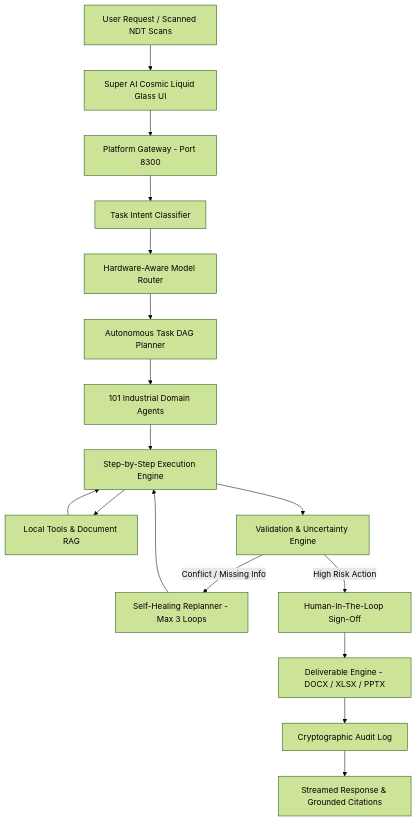
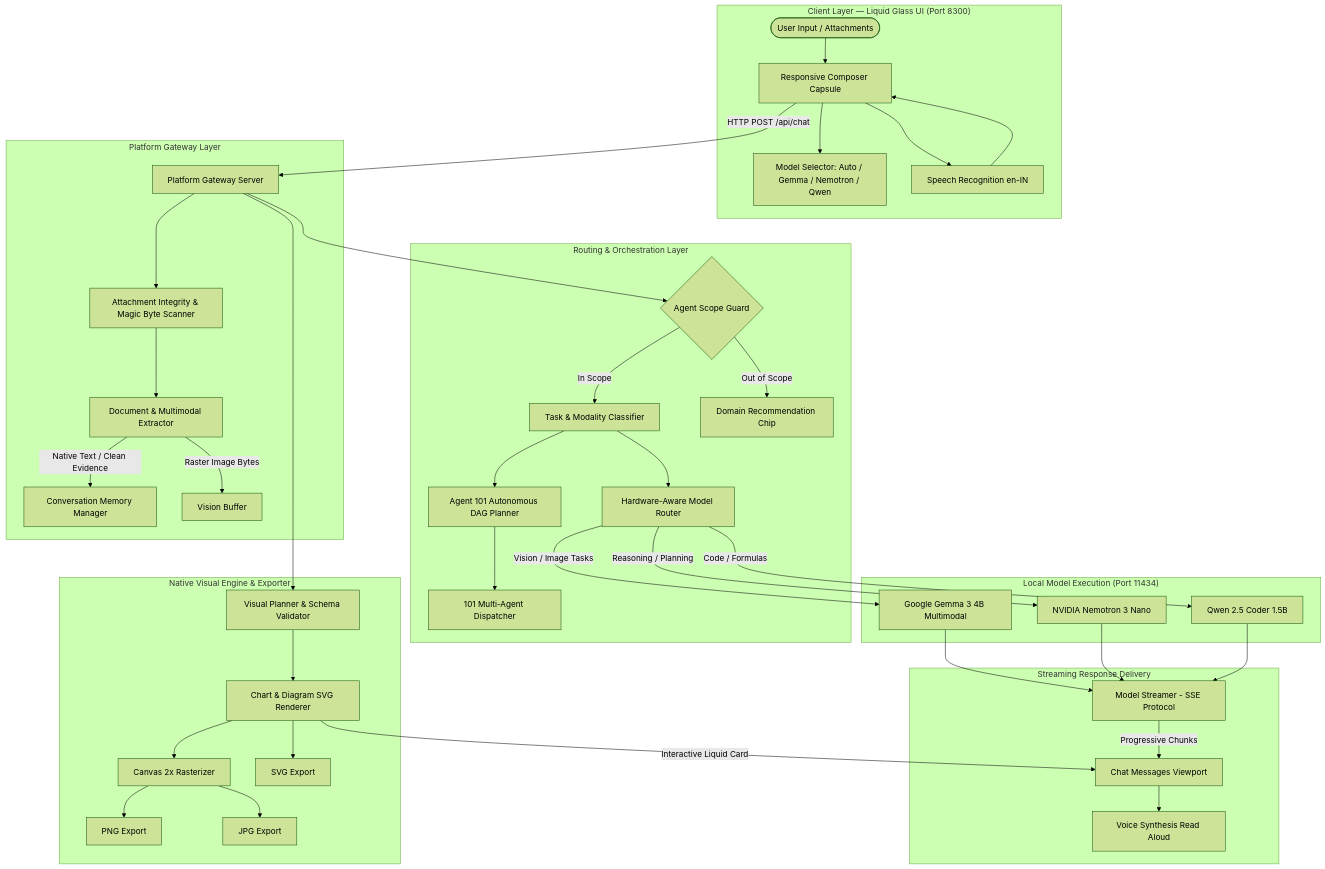
One commit to reginaldalfret/100-AI-Agents changed the first of 2 diagrams in README.md. Above: the diagram before and after it, drawn with Mermaid (forest theme). The commit also changed other lines of this file, not shown here.

Commit message:
docs: update README for 101 Super AI Agents platform

````diff
--- a/README.md
+++ b/README.md
@@ -17,19 +63,51 @@
 ```mermaid
 flowchart TD
-    U[User Request / Scanned NDT Scans] --> FE[Super AI Cosmic Liquid Glass UI]
-    FE --> GW[Platform Gateway - Port 8300]
-    GW --> TC[Task Intent Classifier]
-    TC --> MR[Hardware-Aware Model Router]
-    MR --> TP[Autonomous Task DAG Planner]
-    TP --> WF[101 Industrial Domain Agents]
-    WF --> EE[Step-by-Step Execution Engine]
-    EE --> TR[Local Tools & Document RAG]
-    TR --> EE
-    EE --> VAL[Validation & Uncertainty Engine]
-    VAL -->|Conflict / Missing Info| RP[Self-Healing Replanner - Max 3 Loops]
-    RP --> EE
-    VAL -->|High Risk Action| HITL[Human-In-The-Loop Sign-Off]
-    HITL --> DE[Deliverable Engine - DOCX / XLSX / PPTX]
-    DE --> AUD[Cryptographic Audit Log]
-    AUD --> RES[Streamed Response & Grounded Citations]
+    subgraph UI ["Client Layer — Liquid Glass UI (Port 8300)"]
+        User([User Input / Attachments]) --> Composer[Responsive Composer Capsule]
+        Composer --> ModelPill[Model Selector: Auto / Gemma / Nemotron / Qwen]
+        Composer --> VoiceIn[Speech Recognition en-IN]
+        VoiceIn --> Composer
+    end
+
+    subgraph Gateway ["Platform Gateway Layer"]
+        Composer -->|HTTP POST /api/chat| GW[Platform Gateway Server]
+        GW --> AttSec[Attachment Integrity & Magic Byte Scanner]
+        AttSec --> DocExt[Document & Multimodal Extractor]
+        DocExt -->|Native Text / Clean Evidence| CtxMgr[Conversation Memory Manager]
+        DocExt -->|Raster Image Bytes| VisBuf[Vision Buffer]
+    end
+
+    subgraph Intelligence ["Routing & Orchestration Layer"]
+        GW --> ScopeGuard{Agent Scope Guard}
+        ScopeGuard -->|In Scope| Classifier[Task & Modality Classifier]
+        ScopeGuard -->|Out of Scope| Suggest[Domain Recommendation Chip]
+
+        Classifier --> Router[Hardware-Aware Model Router]
+        Classifier --> Planner[Agent 101 Autonomous DAG Planner]
+        Planner --> Delegator[101 Multi-Agent Dispatcher]
+    end
+
+    subgraph Models ["Local Model Execution (Port 11434)"]
+        Router -->|Vision / Image Tasks| Gemma[Google Gemma 3 4B Multimodal]
+        Router -->|Reasoning / Planning| Nemo[NVIDIA Nemotron 3 Nano]
+        Router -->|Code / Formulas| Qwen[Qwen 2.5 Coder 1.5B]
+    end
+
+    subgraph VisualEngine ["Native Visual Engine & Exporter"]
+        GW --> VisPlanner[Visual Planner & Schema Validator]
+        VisPlanner --> ChartRend[Chart & Diagram SVG Renderer]
+        ChartRend --> CanvasExp[Canvas 2x Rasterizer]
+        CanvasExp --> OutPNG[PNG Export]
+        CanvasExp --> OutJPG[JPG Export]
+        ChartRend --> OutSVG[SVG Export]
+    end
+
+    subgraph Output ["Streaming Response Delivery"]
+        Gemma --> Streamer[Model Streamer - SSE Protocol]
+        Nemo --> Streamer
+        Qwen --> Streamer
+        Streamer -->|Progressive Chunks| Viewport[Chat Messages Viewport]
+        ChartRend -->|Interactive Liquid Card| Viewport
+        Viewport --> ReadAloud[Voice Synthesis Read Aloud]
+    end
 ```
````
